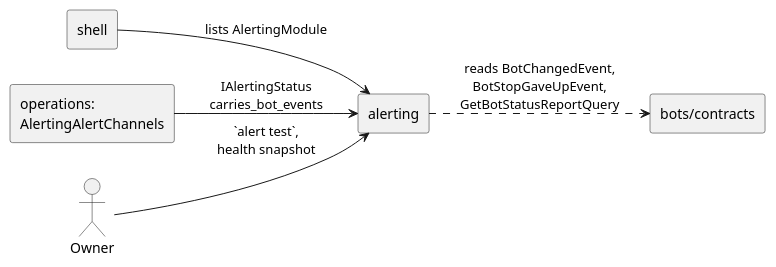
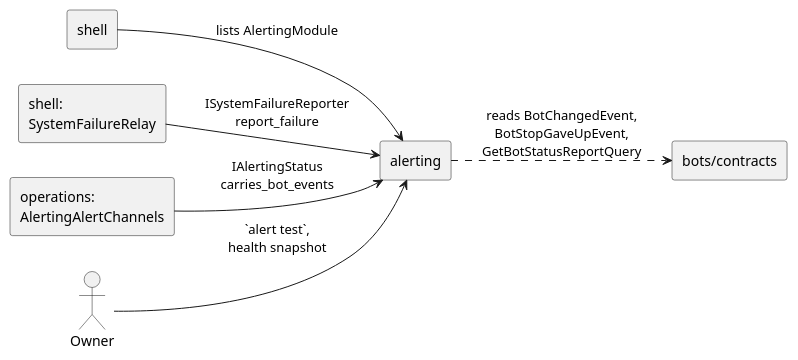
The diagram in Docs/MODULES/alerting/diagrams/03-context-in.puml (anhembedded/Sagittarius_Elite_Warrior), drawn with PlantUML before and after one commit. The commit also changed 38 other files, not shown here.

```diff
--- a/Docs/MODULES/alerting/diagrams/03-context-in.puml
+++ b/Docs/MODULES/alerting/diagrams/03-context-in.puml
@@ -3,13 +3,15 @@
 @startuml 03-context-in
 skinparam componentStyle rectangle
 left to right direction
 [shell] as SH
+[shell:\nSystemFailureRelay] as SR
 [bots/contracts] as BC
 [operations:\nAlertingAlertChannels] as OA
 actor Owner as O
 [alerting] as A
 SH --> A : lists AlertingModule
+SR --> A : ISystemFailureReporter\nreport_failure
 A ..> BC : reads BotChangedEvent,\nBotStopGaveUpEvent,\nGetBotStatusReportQuery
 OA --> A : IAlertingStatus\ncarries_bot_events
 O --> A : `alert test`,\nhealth snapshot
 @enduml
```
